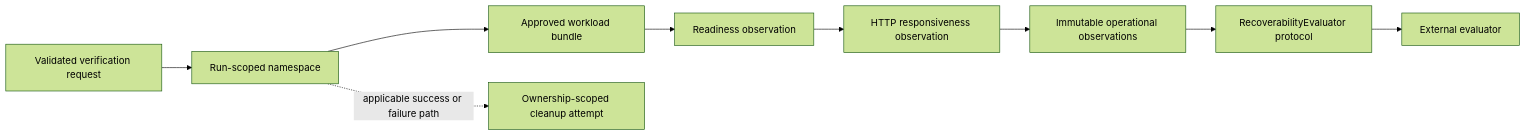
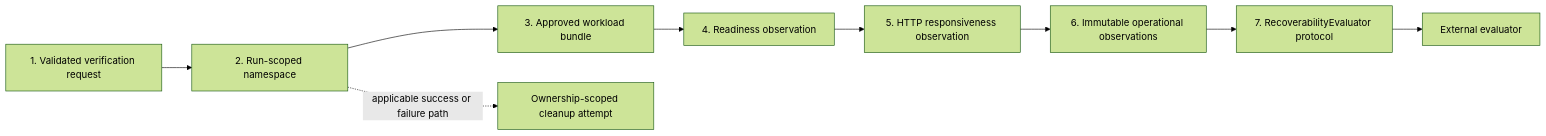
One commit to ganeshvm-blr/brace-platform changed the first of 3 diagrams in docs/architecture.md. Above: the diagram before and after it, drawn with Mermaid (forest theme). The commit also changed other lines of this file and 8 other files, not shown here.

Commit message:
docs: clarify public architecture and demo boundaries

````diff
--- a/docs/architecture.md
+++ b/docs/architecture.md
@@ -11,22 +36,22 @@
 ```mermaid
 flowchart LR
-    Request["Validated verification request"]
-    Namespace["Run-scoped namespace"]
-    Workload["Approved workload bundle"]
-    Ready["Readiness observation"]
-    Responsive["HTTP responsiveness observation"]
-    Projection["Immutable operational observations"]
-    Boundary["RecoverabilityEvaluator protocol"]
+    Request["1. Validated verification request"]
+    Namespace["2. Run-scoped namespace"]
+    Workload["3. Approved workload bundle"]
+    Ready["4. Readiness observation"]
+    Responsive["5. HTTP responsiveness observation"]
+    Projection["6. Immutable operational observations"]
+    Boundary["7. RecoverabilityEvaluator protocol"]
     Evaluator["External evaluator"]
     Cleanup["Ownership-scoped cleanup attempt"]
 
     Request --> Namespace
     Namespace --> Workload
     Workload --> Ready
     Ready --> Responsive
     Responsive --> Projection
     Projection --> Boundary
     Boundary --> Evaluator
 
     Namespace -. applicable success or failure path .-> Cleanup
 ```
````
